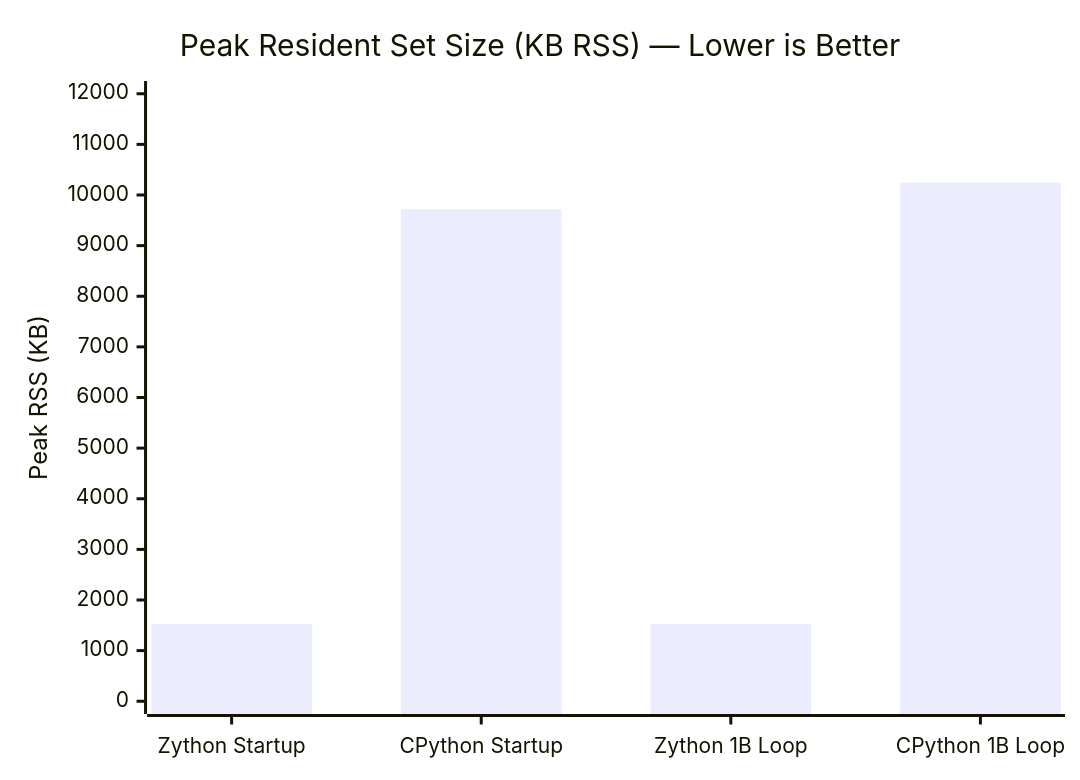
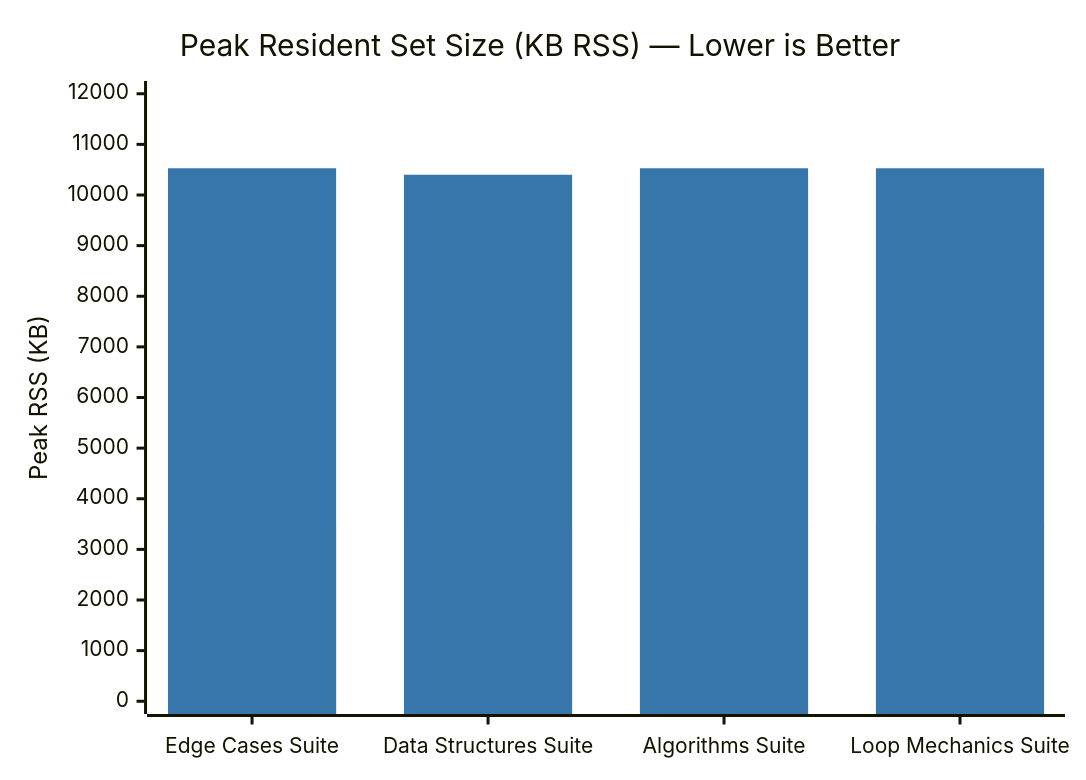
The second of 3 diagrams in benchmark.md (babar-xagi/zython-), drawn with Mermaid before and after one commit. The commit also changed other lines of this file and 7 other files, not shown here.

````diff
--- a/benchmark.md
+++ b/benchmark.md
@@ -55,7 +62,9 @@
 ```mermaid
+%%{init: {"themeVariables": {"xyChart": {"plotColorPalette": "#F7A41D, #3776AB"}}}}%%
 xychart-beta
     title "Peak Resident Set Size (KB RSS) — Lower is Better"
-    x-axis ["Zython Startup", "CPython Startup", "Zython 1B Loop", "CPython 1B Loop"]
+    x-axis ["Edge Cases Suite", "Data Structures Suite", "Algorithms Suite", "Loop Mechanics Suite"]
     y-axis "Peak RSS (KB)" 0 --> 12000
-    bar [1528, 9720, 1528, 10240]
+    bar [3512, 3450, 3512, 3512]
+    bar [10528, 10400, 10528, 10528]
 ```
````
